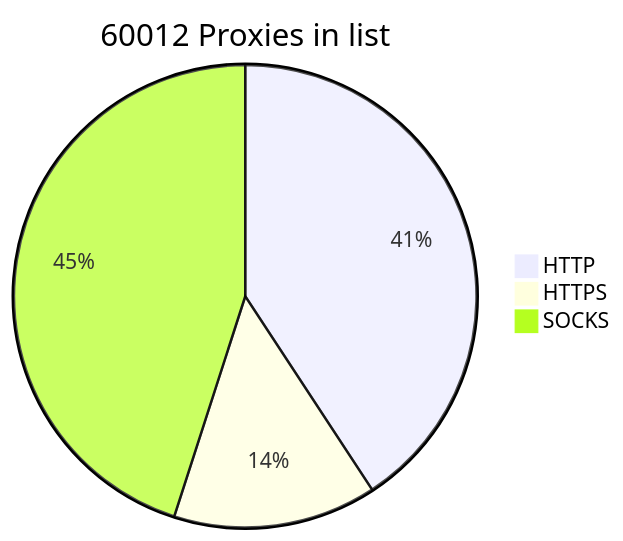
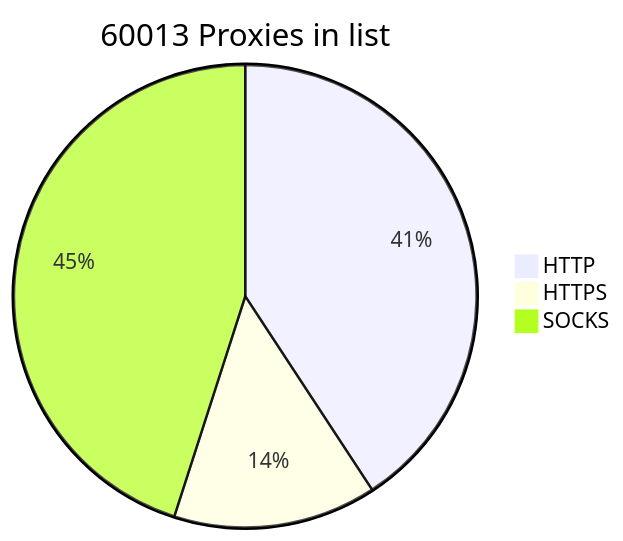
Before and after one commit to BlackSnowDot/proxylist-update-every-minute: the diagram in README.md, drawn with Mermaid.

````diff
--- a/README.md
+++ b/README.md
@@ -2,6 +2,6 @@
 ```mermaid
-pie title 60012 Proxies in list
+pie title 60013 Proxies in list
     "HTTP" : 27662
-    "HTTPS": 9642
-    "SOCKS" : 30561
+    "HTTPS": 9636
+    "SOCKS" : 30563
 ```
````
